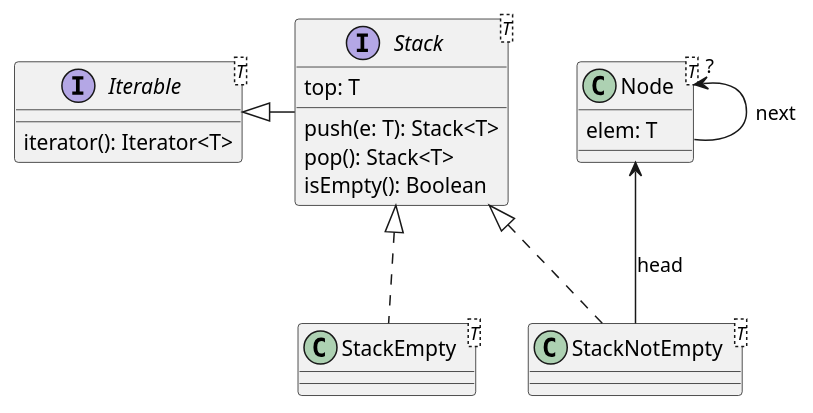
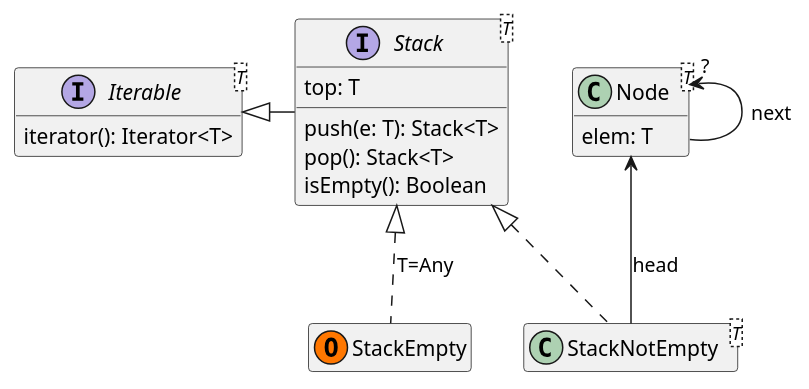
One commit to isel-leic-tds/2425i.32d changed the diagram in OOP-Stack/src/main/kotlin/oop/Stack.puml. Above: the diagram before and after it, drawn with PlantUML. The commit also changed 2 other files, not shown here.

```diff
--- a/OOP-Stack/src/main/kotlin/oop/Stack.puml
+++ b/OOP-Stack/src/main/kotlin/oop/Stack.puml
@@ -1,26 +1,27 @@
 @startuml
+
+hide empty members
+'hide circle
 
 interface Iterable<T> {
     iterator(): Iterator<T>
 }
-
 interface Stack<T> {
     push(e: T): Stack<T>
     pop(): Stack<T>
     top: T
     isEmpty(): Boolean
 }
 
-class StackEmpty<T>
+class StackEmpty <<(O,#FF7700)>>
 class StackNotEmpty<T>
 class Node<T> {
     elem: T
 }
 Node "?" <-- Node : next
 Node <-- StackNotEmpty : head
 
-Stack <|.. StackEmpty
+Stack <|.. StackEmpty : T=Any
 Stack <|.. StackNotEmpty
 Iterable <|- Stack
-
 @enduml
```
